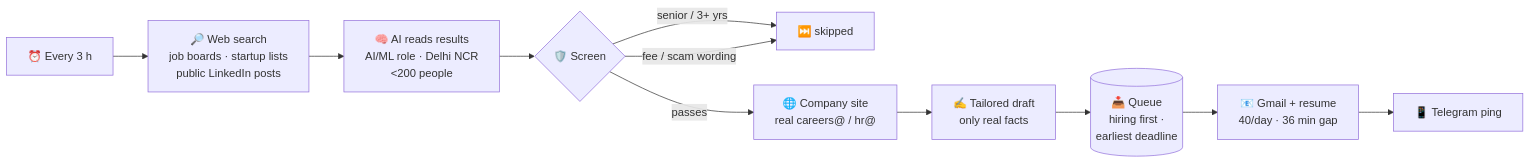
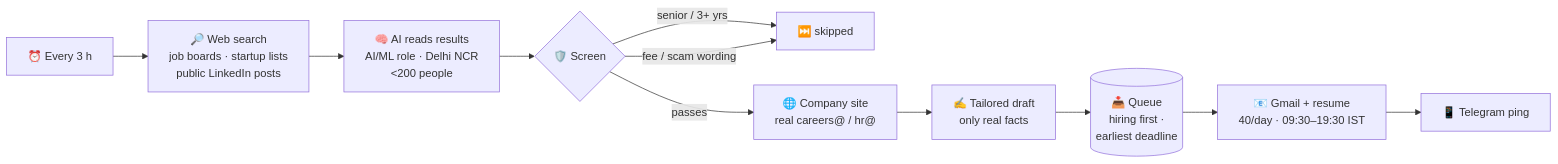
The diagram in agent/README.md (Sandeep37-s/bulk-job-application-mail), drawn with Mermaid before and after one commit. The commit also changed other lines of this file and 13 other files, not shown here.

````diff
--- a/agent/README.md
+++ b/agent/README.md
@@ -74,13 +74,13 @@
 ```mermaid
 flowchart LR
     A["⏰ Every 3 h"] --> B["🔎 Web search<br/>job boards · startup lists<br/>public LinkedIn posts"]
     B --> C["🧠 AI reads results<br/>AI/ML role · Delhi NCR<br/>&lt;200 people"]
     C --> D{"🛡️ Screen"}
     D -- "senior / 3+ yrs" --> X["⏭️ skipped"]
     D -- "fee / scam wording" --> X
     D -- "passes" --> E["🌐 Company site<br/>real careers@ / hr@"]
     E --> F["✍️ Tailored draft<br/>only real facts"]
     F --> Q[("📥 Queue<br/>hiring first ·<br/>earliest deadline")]
-    Q --> G["📧 Gmail + resume<br/>40/day · 36 min gap"]
+    Q --> G["📧 Gmail + resume<br/>40/day · 09:30–19:30 IST"]
     G --> T["📱 Telegram ping"]
 ```
````
